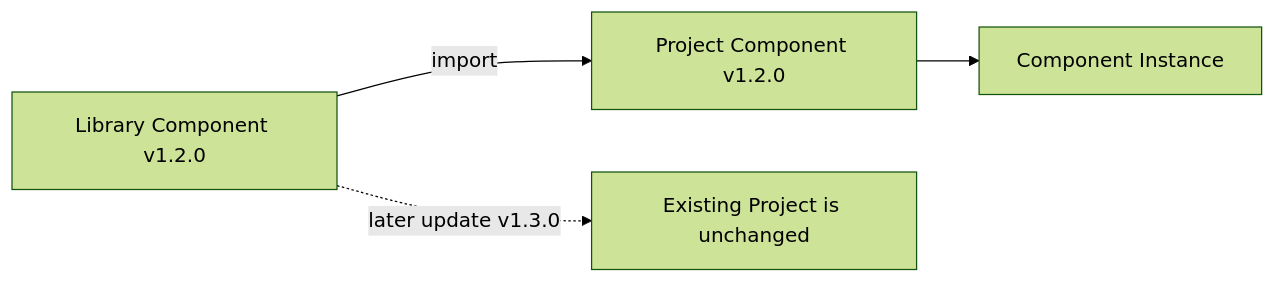
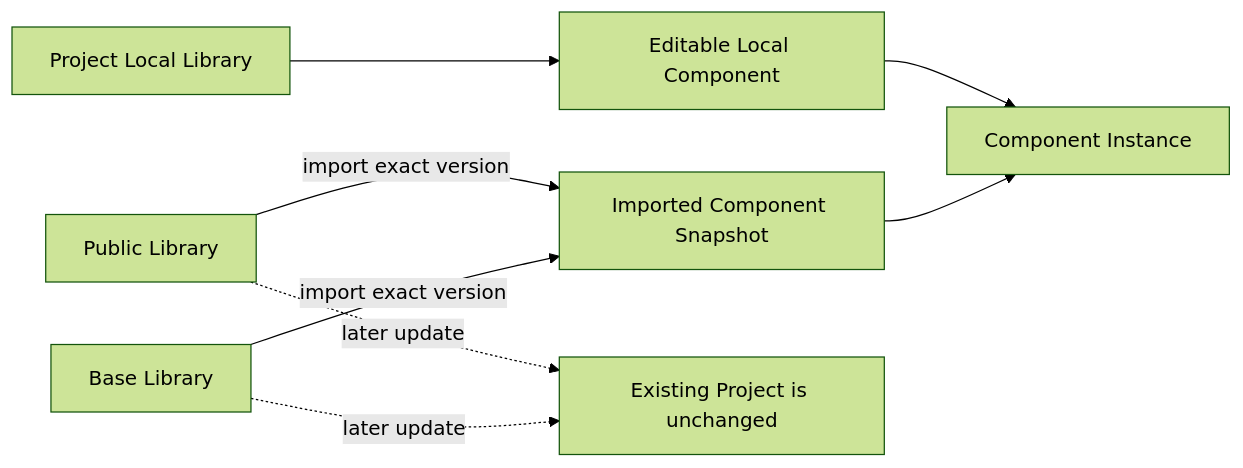
Before and after one commit to northwest-hcu/FlagShip: the fourth of 8 diagrams in docs/architecture/02-core-principles.md, drawn with Mermaid (forest theme). The commit also changed other lines of this file and 17 other files, not shown here.

Commit message:
feat: model base public and local component libraries

````diff
--- a/docs/architecture/02-core-principles.md
+++ b/docs/architecture/02-core-principles.md
@@ -254,6 +254,10 @@
 ```mermaid
 flowchart LR
-    Library["Library Component v1.2.0"] -->|"import"| Asset["Project Component v1.2.0"]
+    Base["Base Library"] -->|"import exact version"| Asset["Imported Component Snapshot"]
+    Public["Public Library"] -->|"import exact version"| Asset
+    Local["Project Local Library"] --> LocalAsset["Editable Local Component"]
     Asset --> Instance["Component Instance"]
-    Library -.->|"later update v1.3.0"| NoChange["Existing Project is unchanged"]
+    LocalAsset --> Instance
+    Base -.->|"later update"| NoChange["Existing Project is unchanged"]
+    Public -.->|"later update"| NoChange
 ```
````
